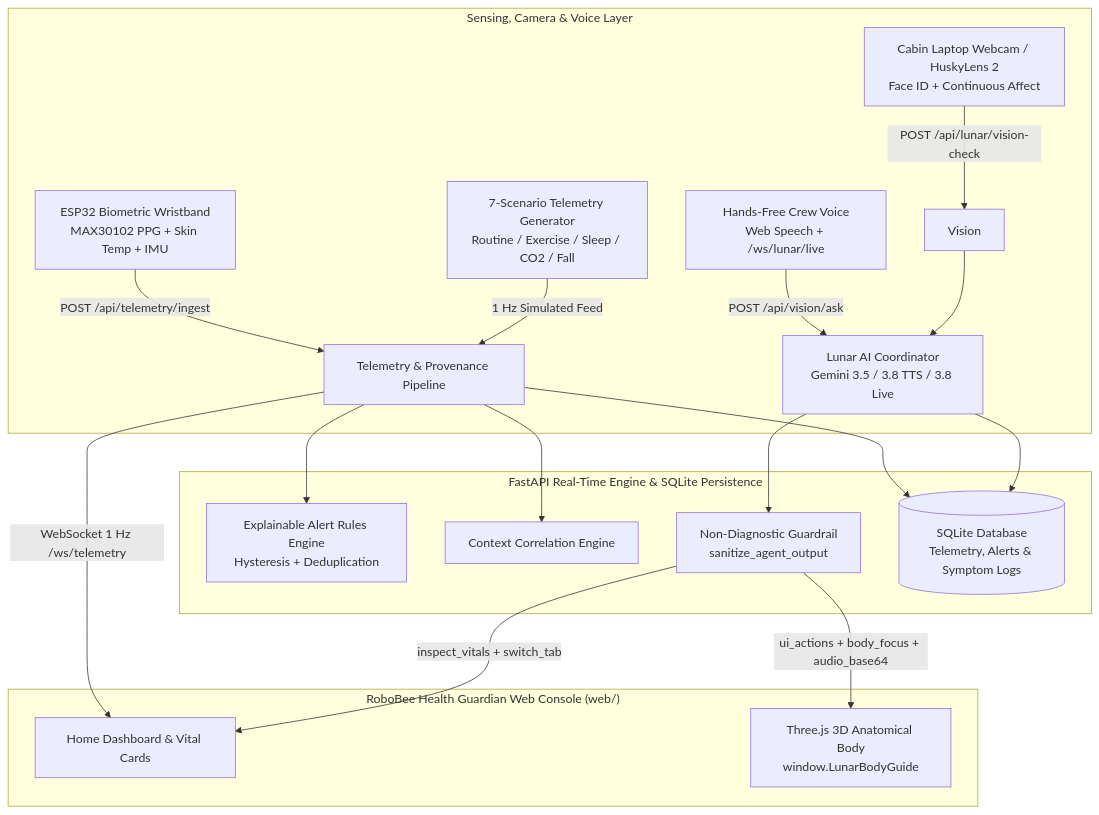
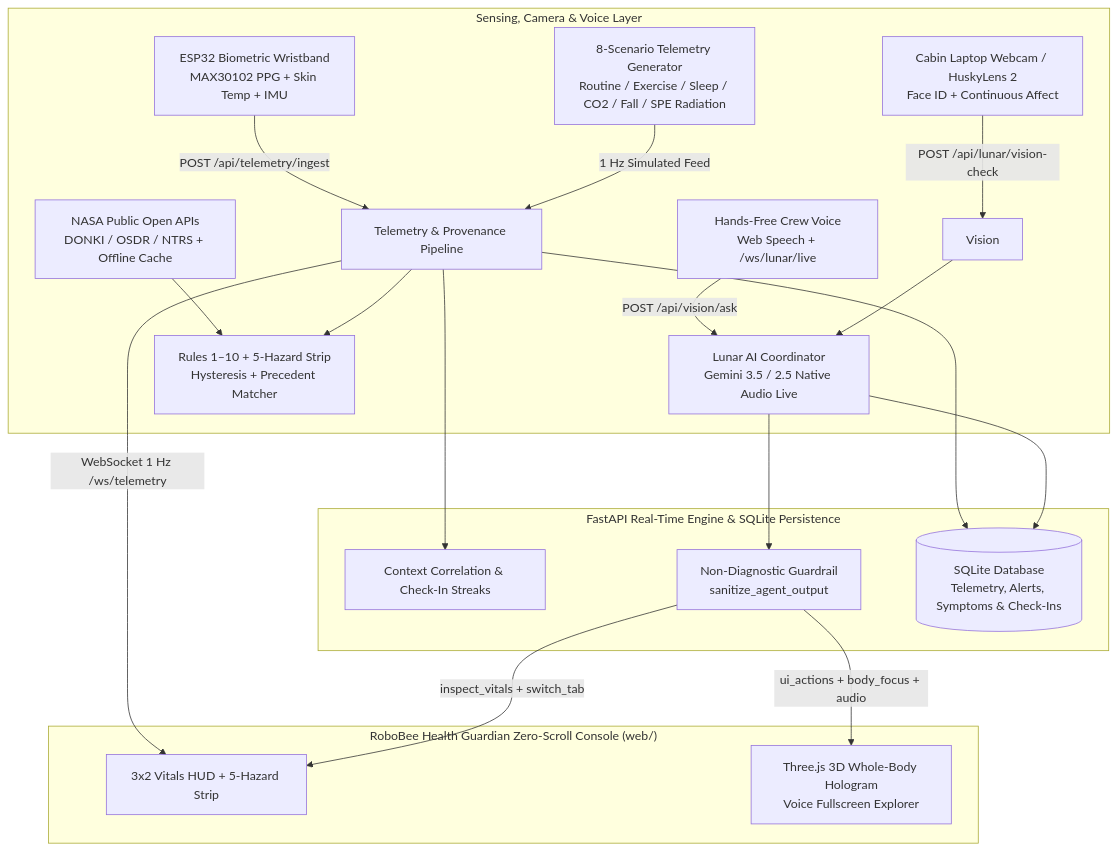
The diagram in README.md (mahirrace-del/robobee-health-guardian), drawn with Mermaid before and after one commit. The commit also changed other lines of this file and 17 other files, not shown here.

Commit message:
Add NASA 5-Hazards strip, historical incident matcher, DONKI/OSDR/NTRS APIs, check-in gamification, and Scenario H

````diff
--- a/README.md
+++ b/README.md
@@ -42,24 +44,25 @@
 ```mermaid
 flowchart TD
     subgraph Inputs ["Sensing, Camera & Voice Layer"]
         A[ESP32 Biometric Wristband<br/>MAX30102 PPG + Skin Temp + IMU] -->|POST /api/telemetry/ingest| Engine
         B[Cabin Laptop Webcam / HuskyLens 2<br/>Face ID + Continuous Affect] -->|POST /api/lunar/vision-check| Vision
         C[Hands-Free Crew Voice<br/>Web Speech + /ws/lunar/live] -->|POST /api/vision/ask| Lunar
-        D[7-Scenario Telemetry Generator<br/>Routine / Exercise / Sleep / CO2 / Fall] -->|1 Hz Simulated Feed| Engine
+        D[8-Scenario Telemetry Generator<br/>Routine / Exercise / Sleep / CO2 / Fall / SPE Radiation] -->|1 Hz Simulated Feed| Engine
+        E[NASA Public Open APIs<br/>DONKI / OSDR / NTRS + Offline Cache] --> Rules
     end
 
     subgraph Backend ["FastAPI Real-Time Engine & SQLite Persistence"]
-        Engine[Telemetry & Provenance Pipeline] --> Rules[Explainable Alert Rules Engine<br/>Hysteresis + Deduplication]
-        Engine --> Context[Context Correlation Engine]
-        Vision --> Lunar[Lunar AI Coordinator<br/>Gemini 3.5 / 3.8 TTS / 3.8 Live]
+        Engine[Telemetry & Provenance Pipeline] --> Rules[Rules 1–10 + 5-Hazard Strip<br/>Hysteresis + Precedent Matcher]
+        Engine --> Context[Context Correlation & Check-In Streaks]
+        Vision --> Lunar[Lunar AI Coordinator<br/>Gemini 3.5 / 2.5 Native Audio Live]
         Lunar --> Sanitizer[Non-Diagnostic Guardrail<br/>sanitize_agent_output]
-        Engine --> DB[(SQLite Database<br/>Telemetry, Alerts & Symptom Logs)]
+        Engine --> DB[(SQLite Database<br/>Telemetry, Alerts, Symptoms & Check-Ins)]
         Lunar --> DB
     end
 
-    subgraph Frontend ["RoboBee Health Guardian Web Console (web/)"]
-        Engine -->|WebSocket 1 Hz /ws/telemetry| HUD[Home Dashboard & Vital Cards]
-        Sanitizer -->|ui_actions + body_focus + audio_base64| Body3D[Three.js 3D Anatomical Body<br/>window.LunarBodyGuide]
+    subgraph Frontend ["RoboBee Health Guardian Zero-Scroll Console (web/)"]
+        Engine -->|WebSocket 1 Hz /ws/telemetry| HUD[3x2 Vitals HUD + 5-Hazard Strip]
+        Sanitizer -->|ui_actions + body_focus + audio| Body3D[Three.js 3D Whole-Body Hologram<br/>Voice Fullscreen Explorer]
         Sanitizer -->|inspect_vitals + switch_tab| HUD
     end
 ```
````
